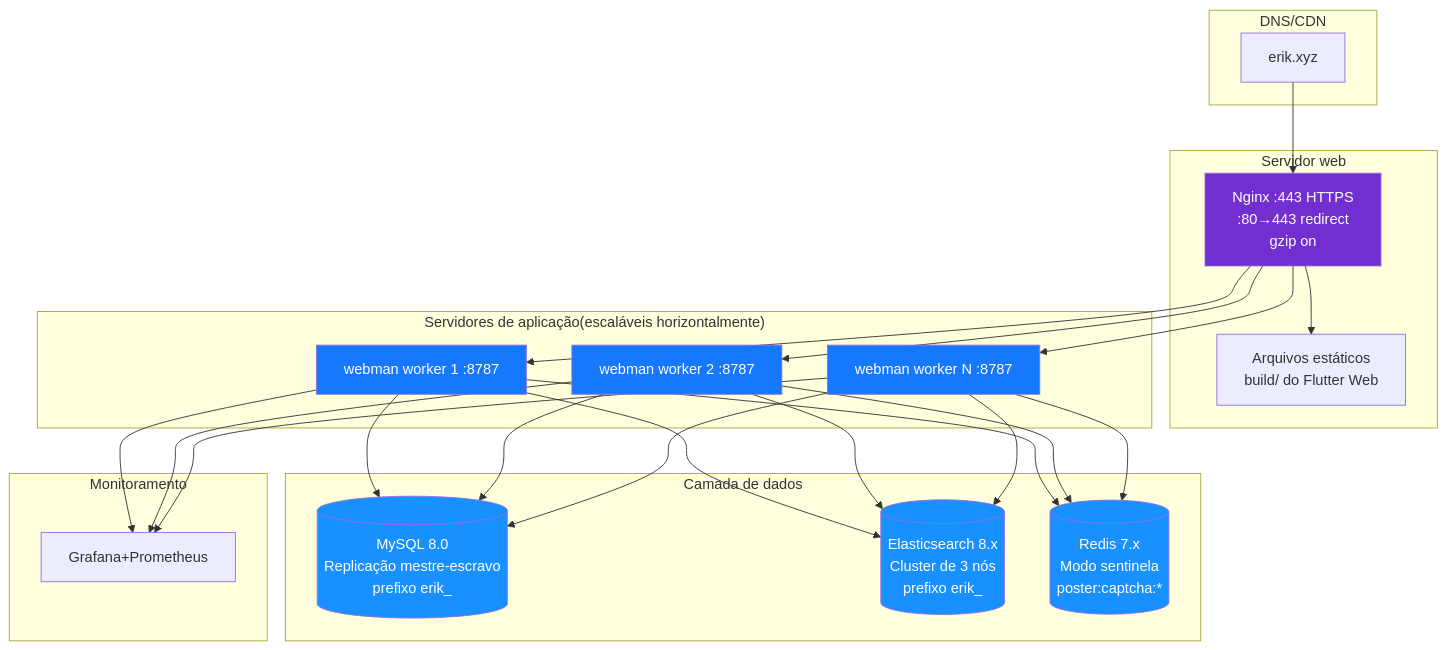
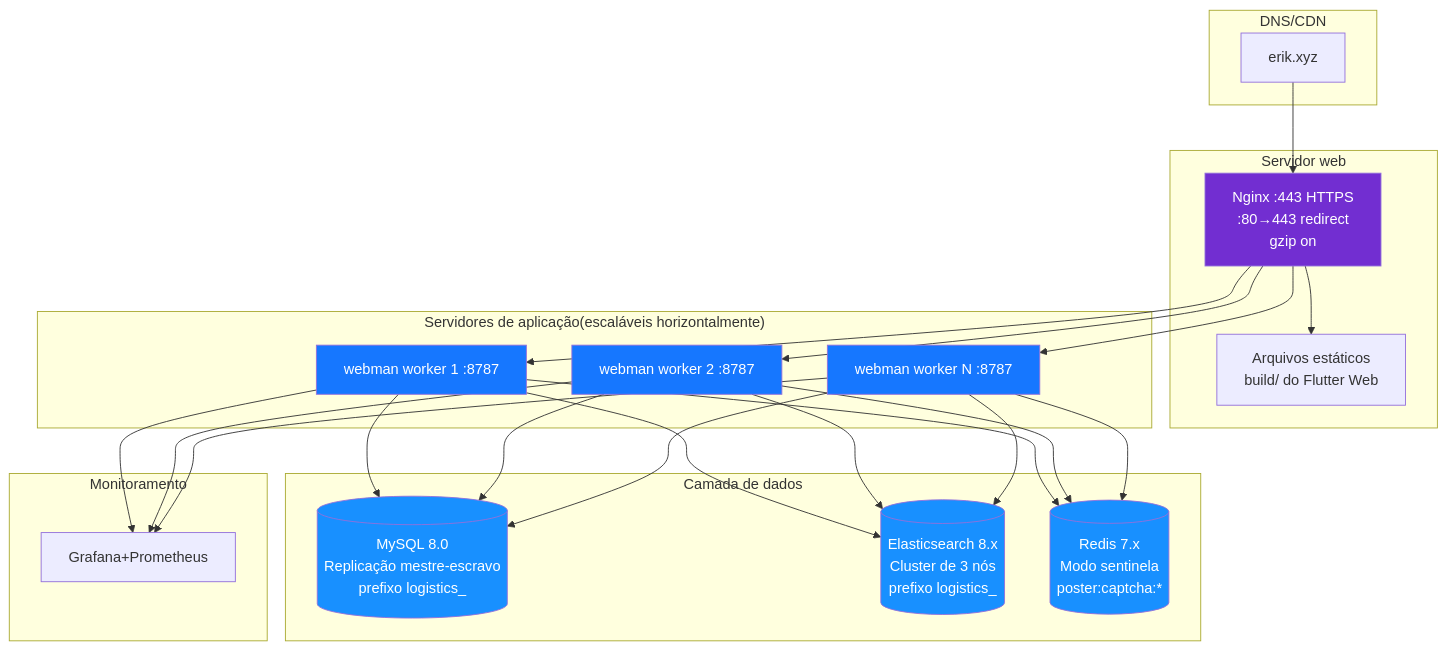
Before and after one commit to erikwang2013/integrated-global-logistics: the diagram in admin/docs/diagrams/12-deployment.pt.md, drawn with Mermaid. The commit also changed 211 other files, not shown here.

````diff
--- a/admin/docs/diagrams/12-deployment.pt.md
+++ b/admin/docs/diagrams/12-deployment.pt.md
@@ -7,45 +7,45 @@
 ```mermaid
 flowchart TB
     subgraph dns["DNS/CDN"]
         domain["erik.xyz"]
     end
 
     subgraph web["Servidor web"]
         nginx["Nginx :443 HTTPS<br/>:80→443 redirect<br/>gzip on"]
         static["Arquivos estáticos<br/>build/ do Flutter Web"]
     end
 
     subgraph app["Servidores de aplicação(escaláveis horizontalmente)"]
         wm1["webman worker 1 :8787"]
         wm2["webman worker 2 :8787"]
         wm3["webman worker N :8787"]
     end
 
     subgraph data["Camada de dados"]
-        mysql[("MySQL 8.0<br/>Replicação mestre-escravo<br/>prefixo erik_")]
-        es[("Elasticsearch 8.x<br/>Cluster de 3 nós<br/>prefixo erik_")]
+        mysql[("MySQL 8.0<br/>Replicação mestre-escravo<br/>prefixo logistics_")]
+        es[("Elasticsearch 8.x<br/>Cluster de 3 nós<br/>prefixo logistics_")]
         redis[("Redis 7.x<br/>Modo sentinela<br/>poster:captcha:*")]
     end
 
     subgraph monitor["Monitoramento"]
         grafana["Grafana+Prometheus"]
     end
 
     domain --> nginx
     nginx --> static
     nginx --> wm1
     nginx --> wm2
     nginx --> wm3
     wm1 & wm2 & wm3 --> mysql
     wm1 & wm2 & wm3 --> es
     wm1 & wm2 & wm3 --> redis
     wm1 & wm2 & wm3 --> grafana
 
     style nginx fill:#722ED1,color:#fff
     style wm1 fill:#1677FF,color:#fff
     style wm2 fill:#1677FF,color:#fff
     style wm3 fill:#1677FF,color:#fff
     style mysql fill:#1890FF,color:#fff
     style es fill:#1890FF,color:#fff
     style redis fill:#1890FF,color:#fff
 ```
````
